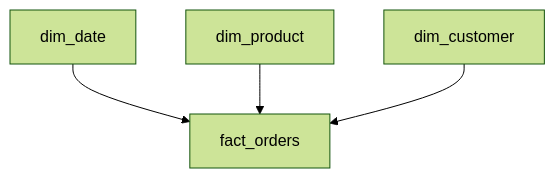
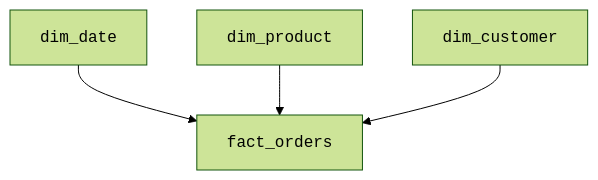
The diagram in content/interview/analytics-engineer/dimensional-modeling.mdx (dataslope/dataslope), drawn with Mermaid (forest theme) before and after one commit. The commit also changed 65 other files, not shown here.

First line of the commit message:
Set code in every mermaid label in the mono face

````diff
--- a/content/interview/analytics-engineer/dimensional-modeling.mdx
+++ b/content/interview/analytics-engineer/dimensional-modeling.mdx
@@ -49,6 +49,6 @@
 ```mermaid
 flowchart TB
-  d["dim_date"] --> f["fact_orders"]
-  p["dim_product"] --> f
-  c["dim_customer"] --> f
+  d["<code>dim_date</code>"] --> f["<code>fact_orders</code>"]
+  p["<code>dim_product</code>"] --> f
+  c["<code>dim_customer</code>"] --> f
 ```
````
